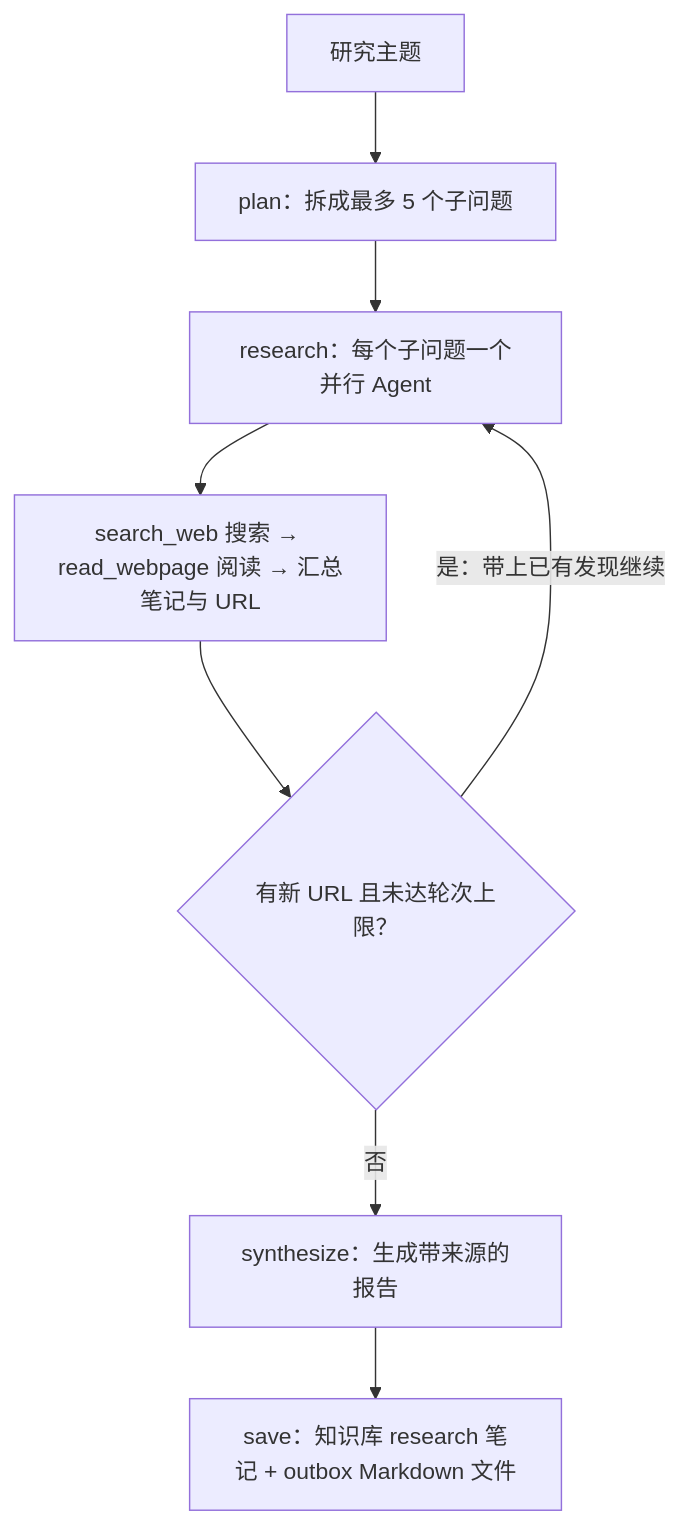
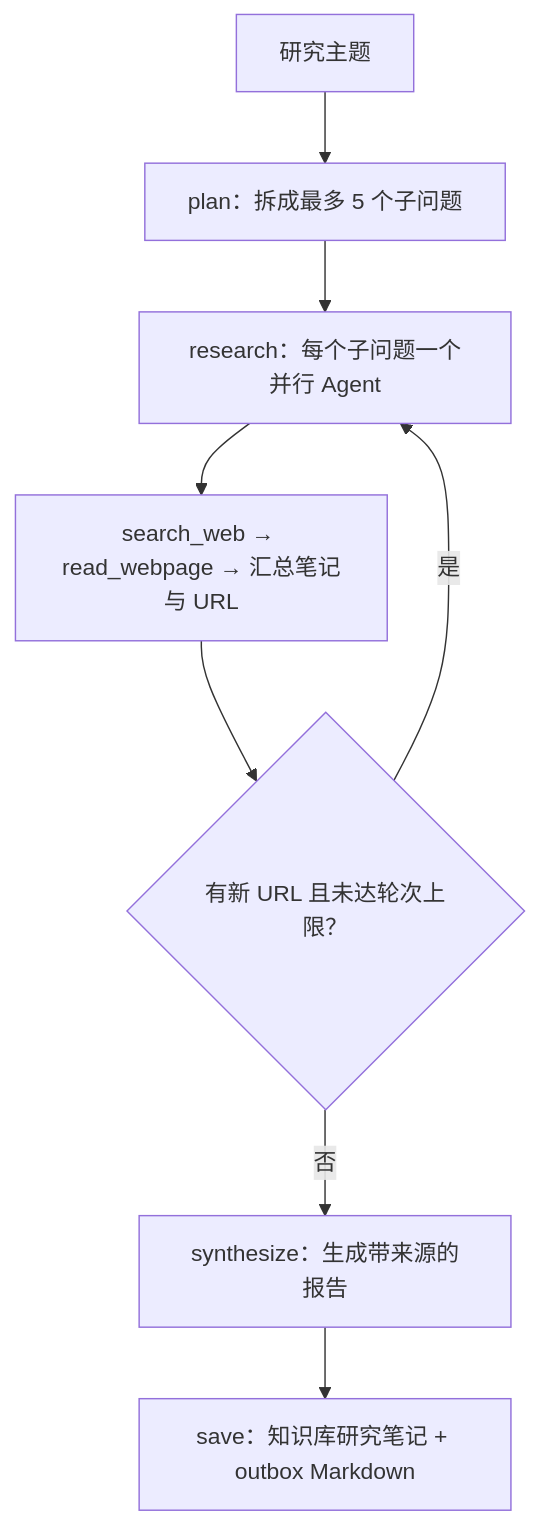
The second of 2 diagrams in README.md (jingmeiWang1/zhiyan), drawn with Mermaid before and after one commit. The commit also changed other lines of this file and 7 other files, not shown here.

````diff
--- a/README.md
+++ b/README.md
@@ -100,10 +135,10 @@
 ```mermaid
 flowchart TD
-    Topic[研究主题] --> Plan[plan：拆成最多 5 个子问题]
-    Plan --> Research[research：每个子问题一个并行 Agent]
-    Research --> Tools[search_web 搜索 → read_webpage 阅读 → 汇总笔记与 URL]
-    Tools --> Check{有新 URL 且未达轮次上限？}
-    Check -->|是：带上已有发现继续| Research
-    Check -->|否| Synth[synthesize：生成带来源的报告]
-    Synth --> Save[save：知识库 research 笔记 + outbox Markdown 文件]
+  Topic[研究主题] --> Plan[plan：拆成最多 5 个子问题]
+  Plan --> Research[research：每个子问题一个并行 Agent]
+  Research --> Tools[search_web → read_webpage → 汇总笔记与 URL]
+  Tools --> Check{有新 URL 且未达轮次上限？}
+  Check -->|是| Research
+  Check -->|否| Synth[synthesize：生成带来源的报告]
+  Synth --> Save[save：知识库研究笔记 + outbox Markdown]
 ```
````
